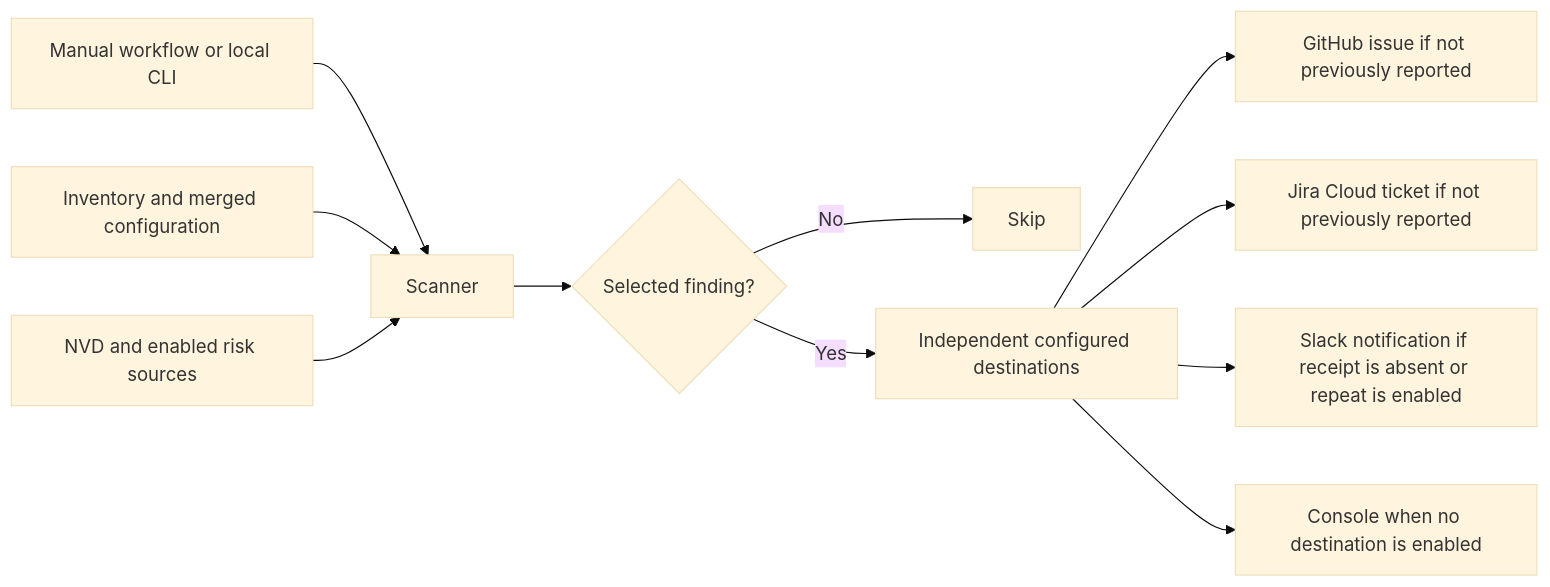
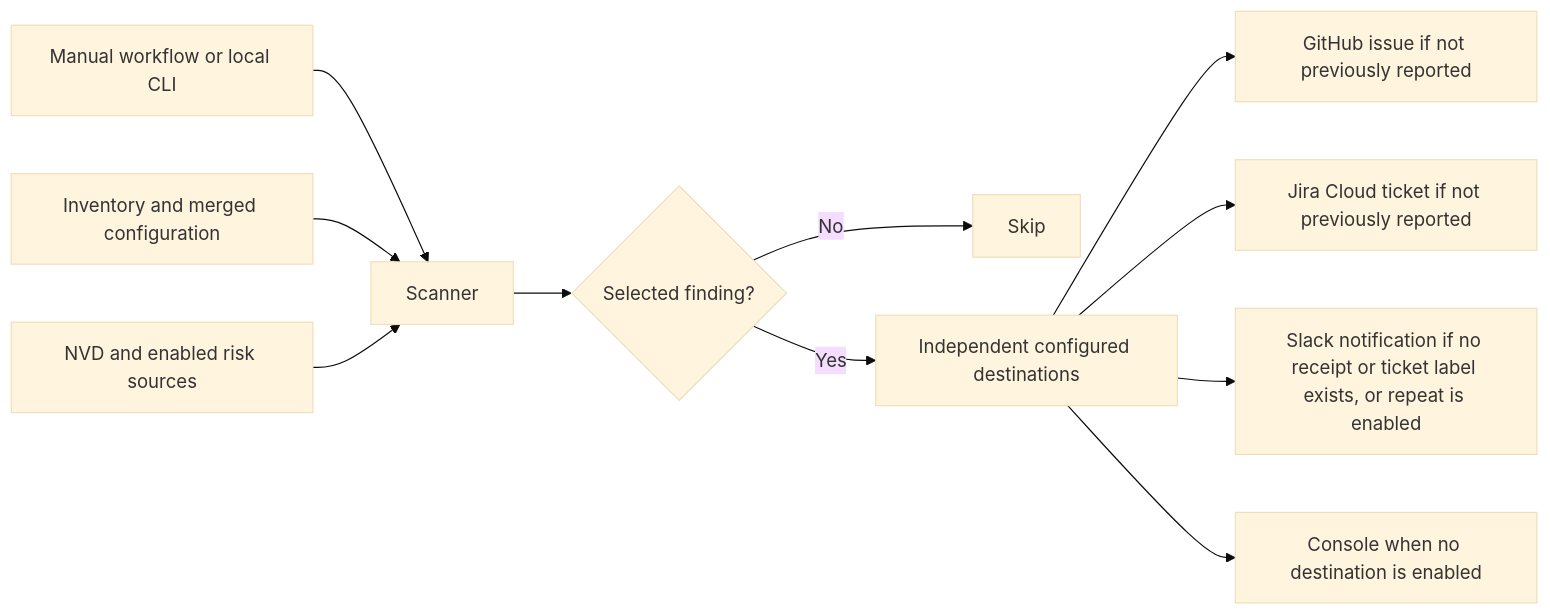
The diagram in README.md (iamunnip/infra-vuln-watch), drawn with Mermaid (base theme) before and after one commit. The commit also changed other lines of this file and 27 other files, not shown here.

Commit message:
record slack delivery on tickets and notify slack about ticket updates

````diff
--- a/README.md
+++ b/README.md
@@ -68,13 +69,13 @@
 ```mermaid
 flowchart LR
     start[Manual workflow or local CLI] --> scan[Scanner]
     inventory[Inventory and merged configuration] --> scan
     sources[NVD and enabled risk sources] --> scan
     scan --> selected{Selected finding?}
     selected -->|No| skip[Skip]
     selected -->|Yes| route[Independent configured destinations]
     route --> github[GitHub issue if not previously reported]
     route --> jira[Jira Cloud ticket if not previously reported]
-    route --> slack[Slack notification if receipt is absent or repeat is enabled]
+    route --> slack[Slack notification if no receipt or ticket label exists, or repeat is enabled]
     route --> console[Console when no destination is enabled]
 ```
````
